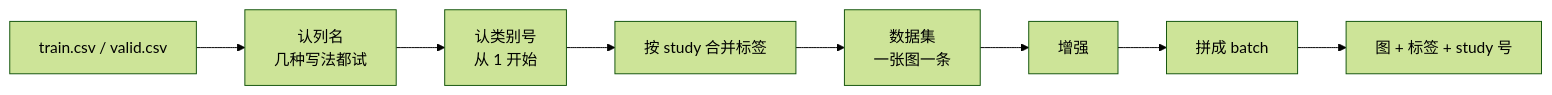
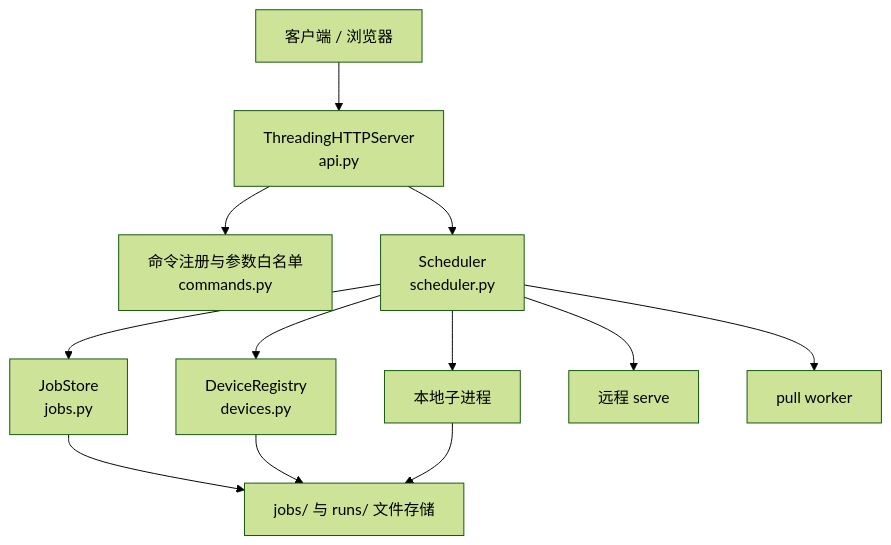
Before and after one commit to cixiy1/Yuki-blog: the third of 9 diagrams in src/content/posts/chest-smart-diagnosis.md, drawn with Mermaid (forest theme). The commit also changed other lines of this file, not shown here.

````diff
--- a/src/content/posts/chest-smart-diagnosis.md
+++ b/src/content/posts/chest-smart-diagnosis.md
@@ -131,10 +117,25 @@
 ```mermaid
-flowchart LR
-  CSV["train.csv / valid.csv"] --> NORM["认列名<br/>几种写法都试"]
-  NORM --> MAP["认类别号<br/>从 1 开始"]
-  MAP --> UNION["按 study 合并标签"]
-  UNION --> DS["数据集<br/>一张图一条"]
-  DS --> TF["增强"]
-  TF --> COLLATE["拼成 batch"]
-  COLLATE --> BATCH["图 + 标签 + study 号"]
+flowchart TB
+  Client["客户端 / 浏览器"]
+  HTTP["ThreadingHTTPServer<br/>api.py"]
+  Commands["命令注册与参数白名单<br/>commands.py"]
+  Scheduler["Scheduler<br/>scheduler.py"]
+  Jobs["JobStore<br/>jobs.py"]
+  Devices["DeviceRegistry<br/>devices.py"]
+  Local["本地子进程"]
+  Remote["远程 serve"]
+  Pull["pull worker"]
+  Files["jobs/ 与 runs/ 文件存储"]
+
+  Client --> HTTP
+  HTTP --> Commands
+  HTTP --> Scheduler
+  Scheduler --> Jobs
+  Scheduler --> Devices
+  Scheduler --> Local
+  Scheduler --> Remote
+  Scheduler --> Pull
+  Jobs --> Files
+  Devices --> Files
+  Local --> Files
 ```
````
